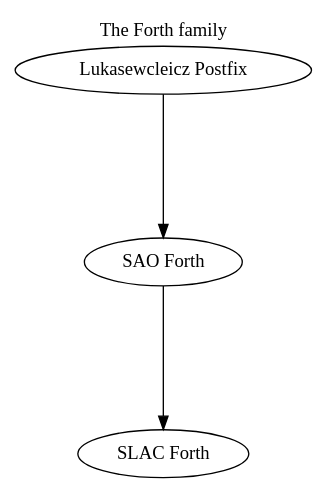
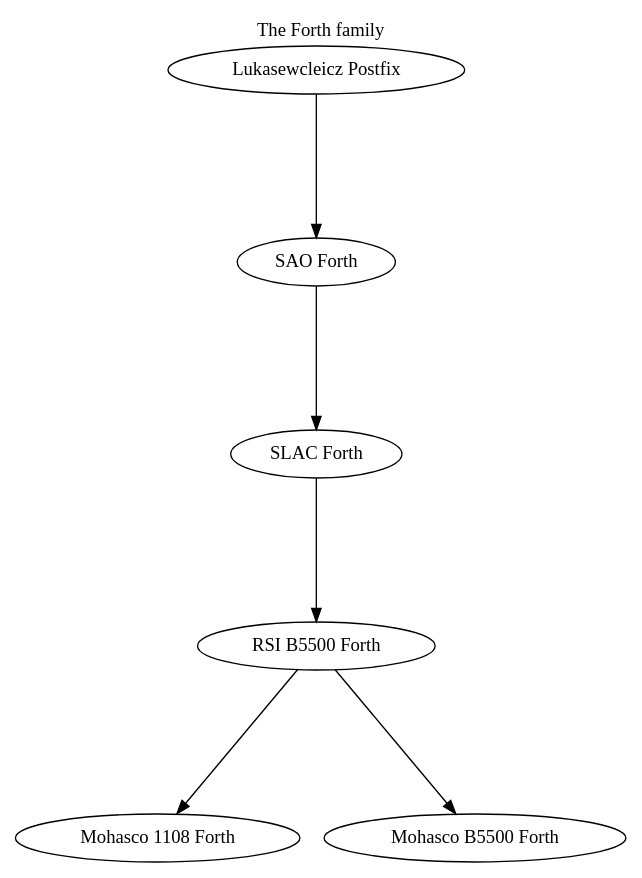
The diagram in forth.gv (fogus/lang-genealogy), drawn with Graphviz before and after one commit. The commit also changed 1 other file, not shown here.

```diff
--- a/forth.gv
+++ b/forth.gv
@@ -1,24 +1,28 @@
 # -*- graphviz-dot -*-
 digraph FP
 {
 	graph[ranksep=1.5,
 	      ratio="expand",
 	      concentrate=false,
 	      rank=new,
 	      constraint=true,
 	      label="The Forth family",
 	      labelloc=t,
 	      splines=true];
 
 	// Entry and exit nodes from/into other languages are doublecircle formatted.
 	// Dotted lines represent minor changes from one to another (e.g. renaming).
 	// Dashed lines represent an implementation language relationship.
 	// Note shapes mean that the language was described in a paper and didn't have a released implementation.
 	// Component shapes mean that one is a subsystem of the other
 	// Any changes should render on http://www.webgraphviz.com
 	// A great lang reference at http://hopl.info/home.prx
 	// Another at http://www.forth.org
 
 	"Lukasewcleicz Postfix" -> "SAO Forth";
 	"SAO Forth" -> "SLAC Forth";
+	"SLAC Forth" -> "RSI B5500 Forth";
+	"RSI B5500 Forth" -> "Mohasco 1108 Forth";
+	"RSI B5500 Forth" -> "Mohasco B5500 Forth";
+	
 }
```
